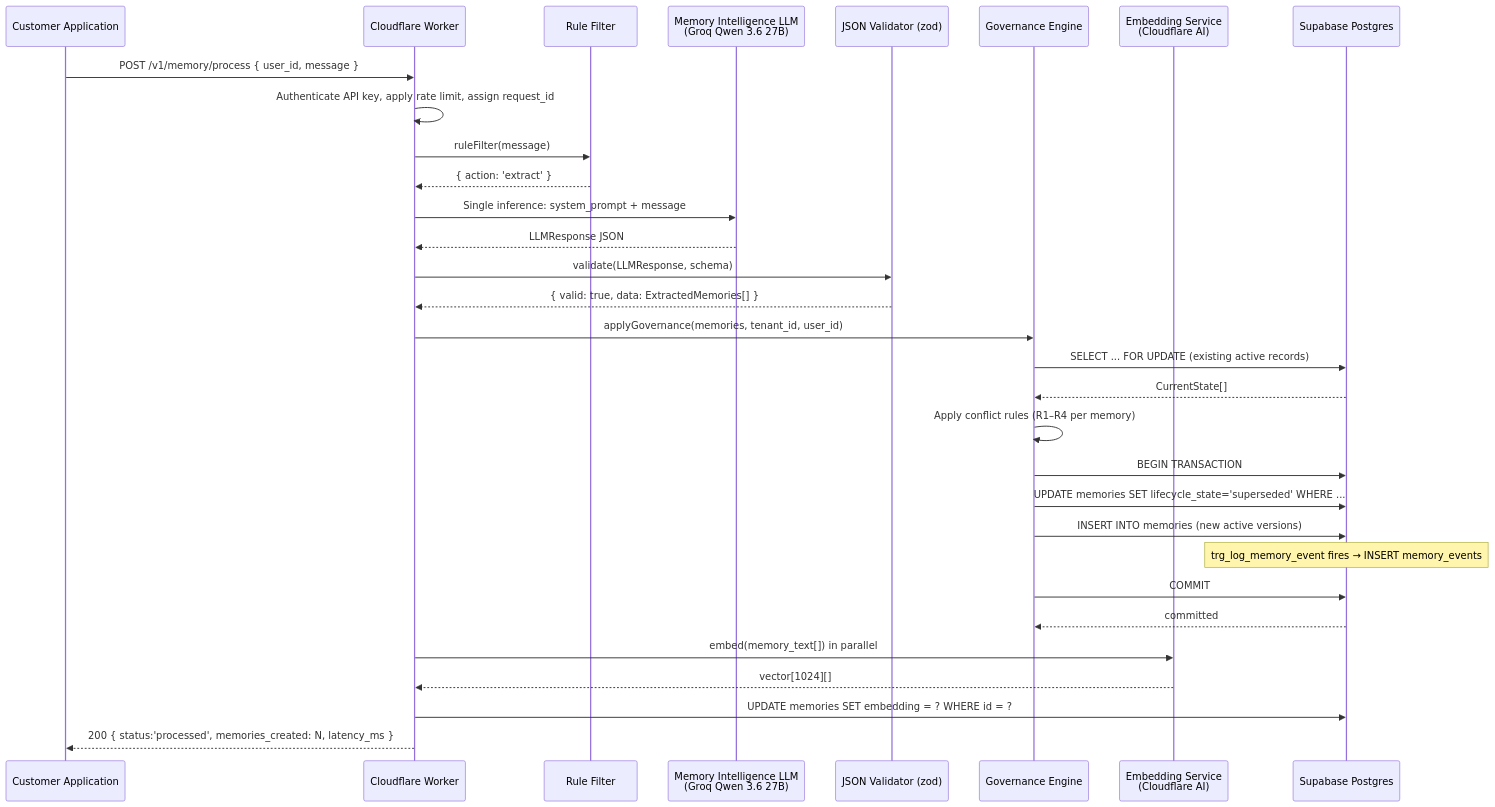
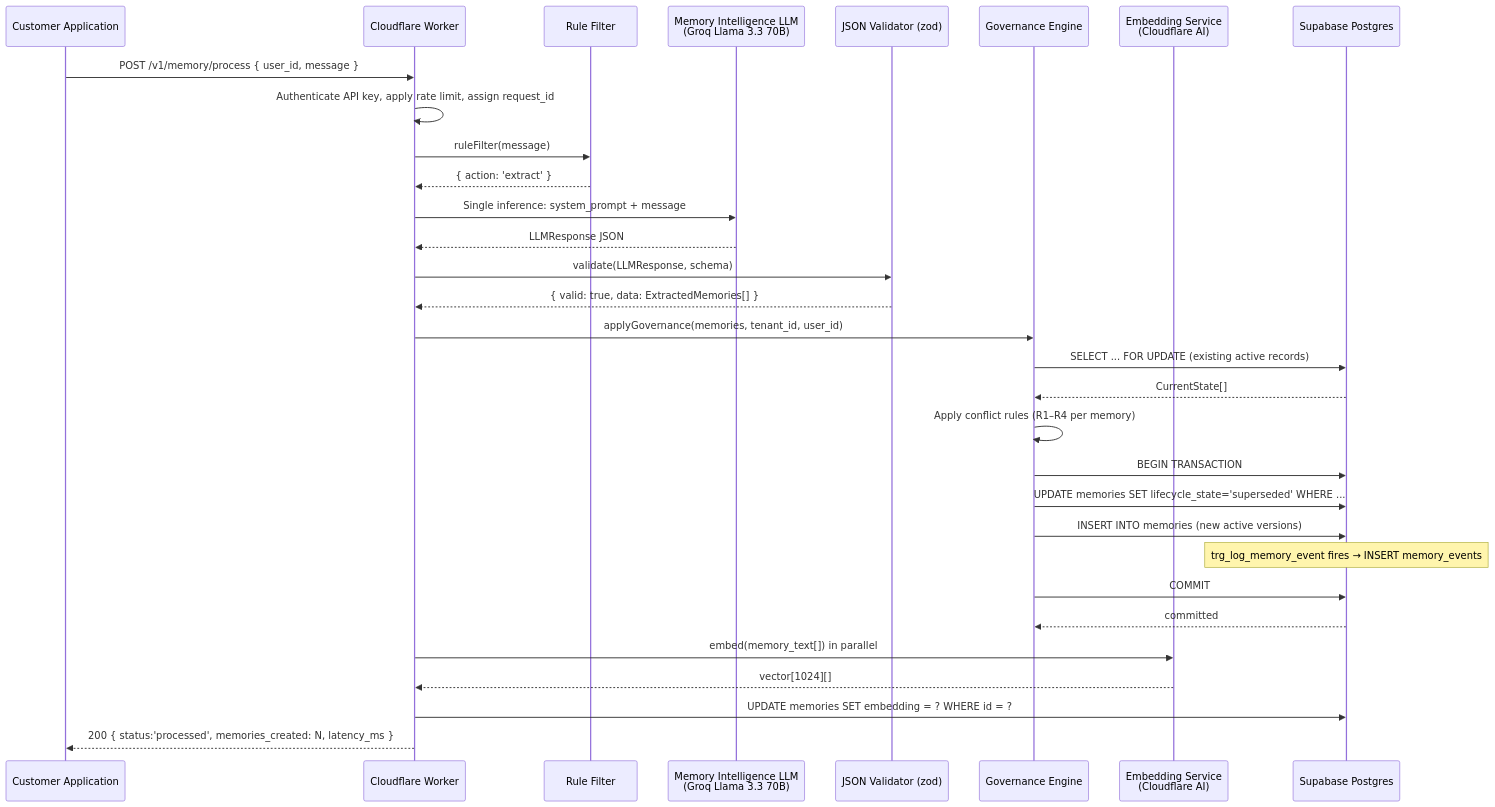
Before and after one commit to PathAllAI/Adaprio: the third of 14 diagrams in handbook.md, drawn with Mermaid. The commit also changed other lines of this file and 4 other files, not shown here.

````diff
--- a/handbook.md
+++ b/handbook.md
@@ -3420,34 +3420,34 @@
 ```mermaid
 sequenceDiagram
     participant App as Customer Application
     participant W as Cloudflare Worker
     participant RF as Rule Filter
-    participant LLM as Memory Intelligence LLM<br/>(Groq Qwen 3.6 27B)
+    participant LLM as Memory Intelligence LLM<br/>(Groq Llama 3.3 70B)
     participant Val as JSON Validator (zod)
     participant Gov as Governance Engine
     participant Emb as Embedding Service<br/>(Cloudflare AI)
     participant DB as Supabase Postgres
 
     App->>W: POST /v1/memory/process { user_id, message }
     W->>W: Authenticate API key, apply rate limit, assign request_id
     W->>RF: ruleFilter(message)
     RF-->>W: { action: 'extract' }
     W->>LLM: Single inference: system_prompt + message
     LLM-->>W: LLMResponse JSON
     W->>Val: validate(LLMResponse, schema)
     Val-->>W: { valid: true, data: ExtractedMemories[] }
     W->>Gov: applyGovernance(memories, tenant_id, user_id)
     Gov->>DB: SELECT ... FOR UPDATE (existing active records)
     DB-->>Gov: CurrentState[]
     Gov->>Gov: Apply conflict rules (R1–R4 per memory)
     Gov->>DB: BEGIN TRANSACTION
     Gov->>DB: UPDATE memories SET lifecycle_state='superseded' WHERE ...
     Gov->>DB: INSERT INTO memories (new active versions)
     Note over DB: trg_log_memory_event fires → INSERT memory_events
     Gov->>DB: COMMIT
     DB-->>Gov: committed
     W->>Emb: embed(memory_text[]) in parallel
     Emb-->>W: vector[1024][]
     W->>DB: UPDATE memories SET embedding = ? WHERE id = ?
     W-->>App: 200 { status:'processed', memories_created: N, latency_ms }
 ```
````
